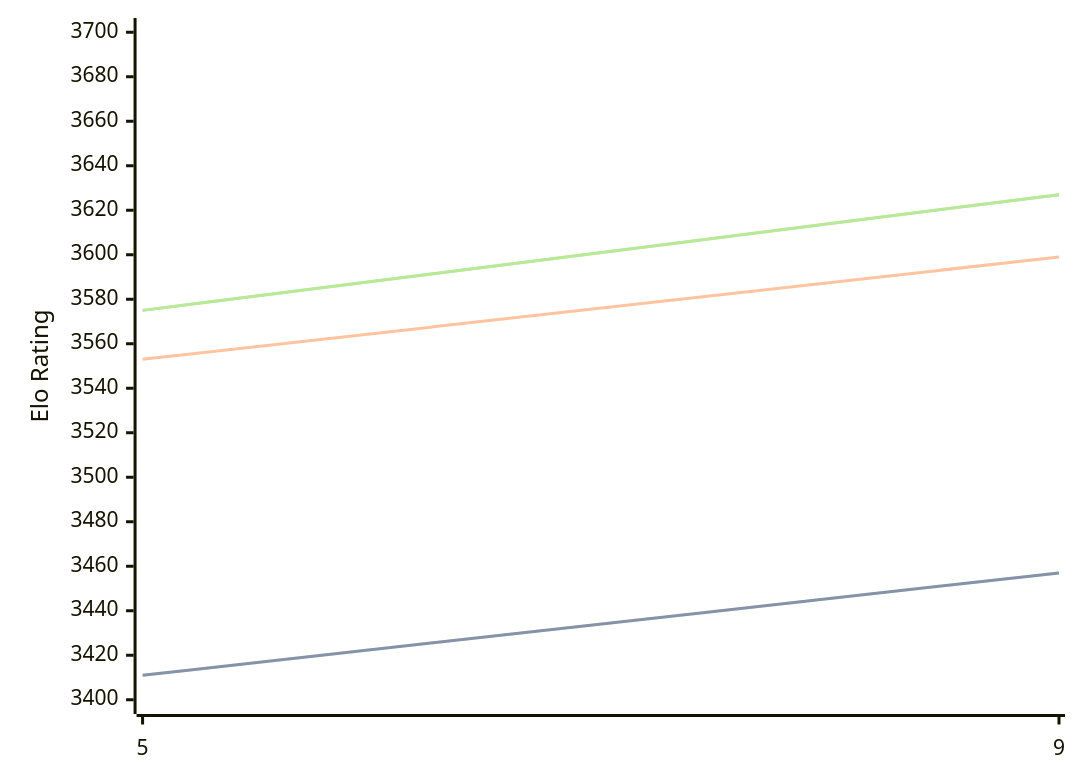
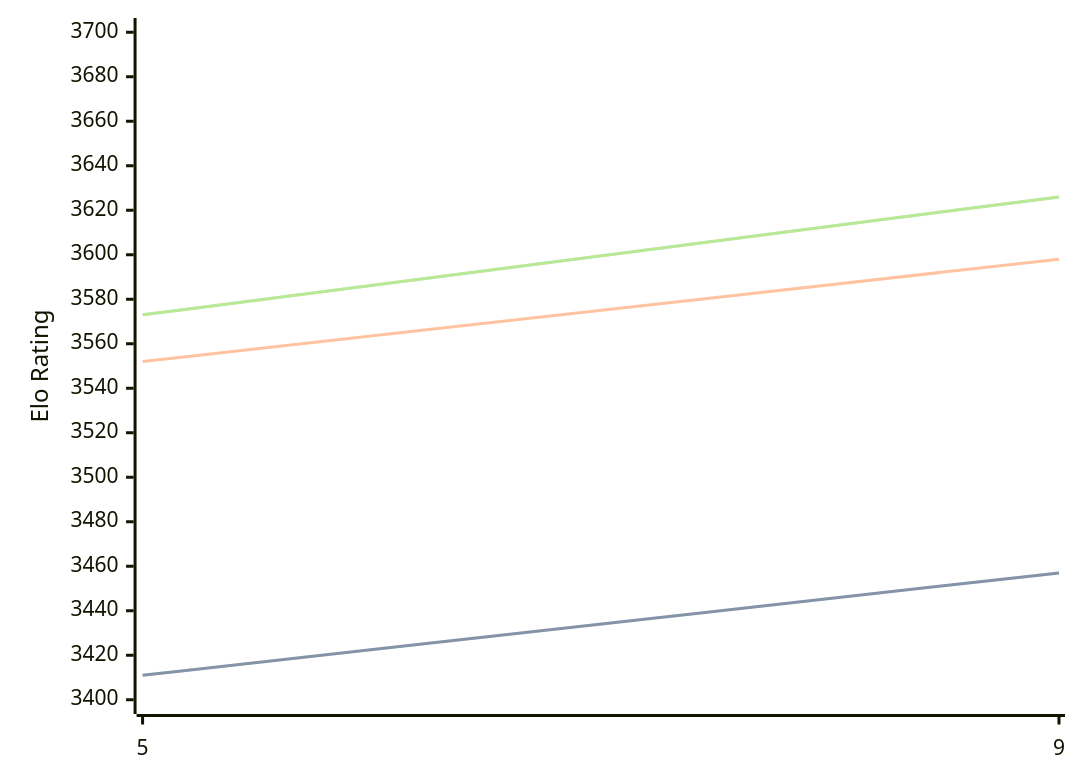
The diagram in engines/Crystal.md (computer-chess-index/cci), drawn with Mermaid before and after one commit. The commit also changed other lines of this file, not shown here.

Commit message:
Update CCI Ratings (ELO VLTC) - 2026-04-17

````diff
--- a/engines/Crystal.md
+++ b/engines/Crystal.md
@@ -60,11 +60,11 @@
 ```mermaid
 %%{init: {"theme":"base","themeVariables":{"seriesColors:['#a3a3a3','#222221','#faa371']}}}%%
 xychart-beta
   x-axis ["5", "9"]
   y-axis "Elo Rating" 3400 --> 3700
   line "STC (8.0+0.08s)" [3411, 3457]
   line "STC (8.0+0.08s)" [3411, 3457]
-  line "LTC (60.0+0.60s)" [3553, 3599]
-  line "VLTC (2m24s+1.12s)" [3575, 3627]
-  line "VLTC (2m24s+1.12s)" [3575, 3627]
+  line "LTC (60.0+0.60s)" [3552, 3598]
+  line "VLTC (2m24s+1.12s)" [3573, 3626]
+  line "VLTC (2m24s+1.12s)" [3573, 3626]
 ```
````
